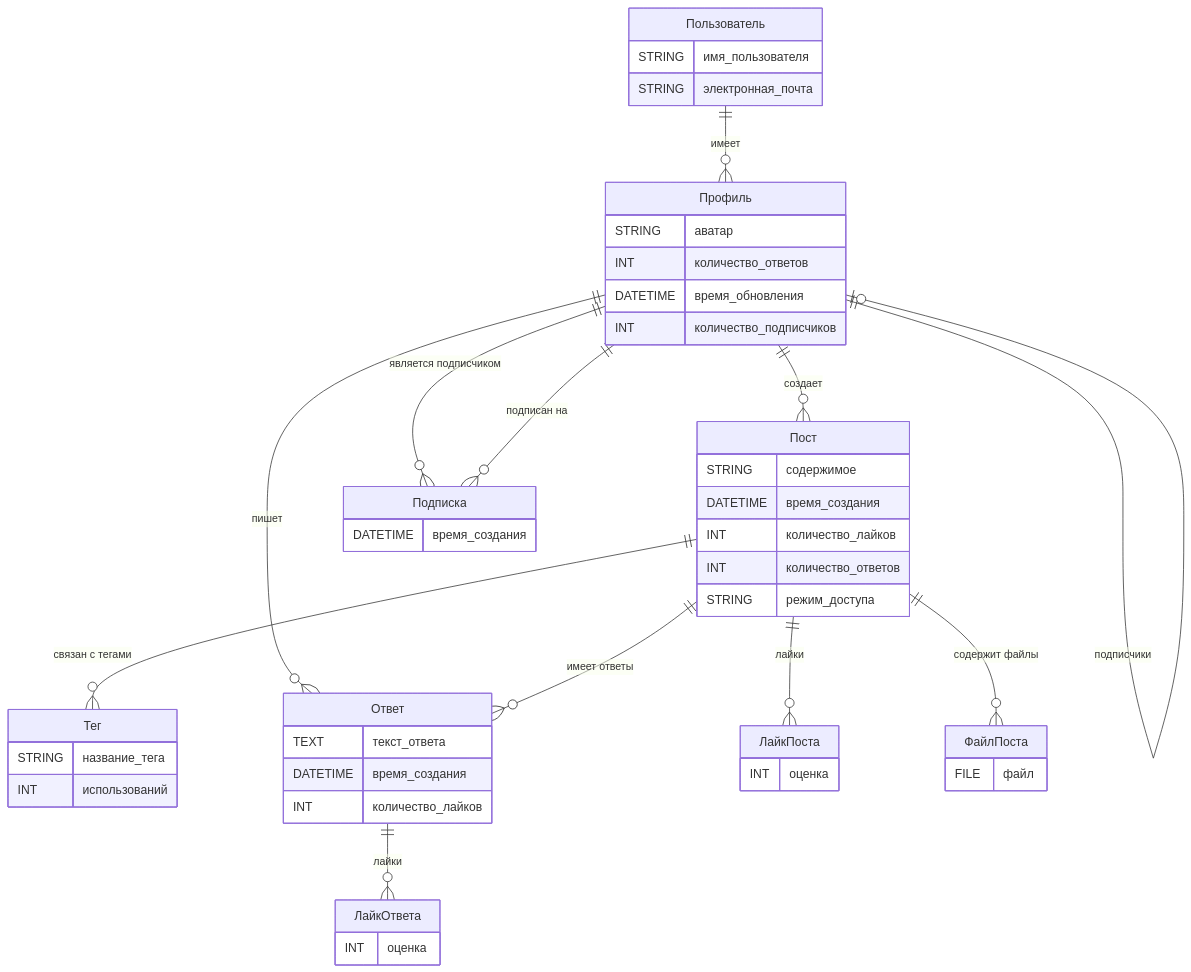
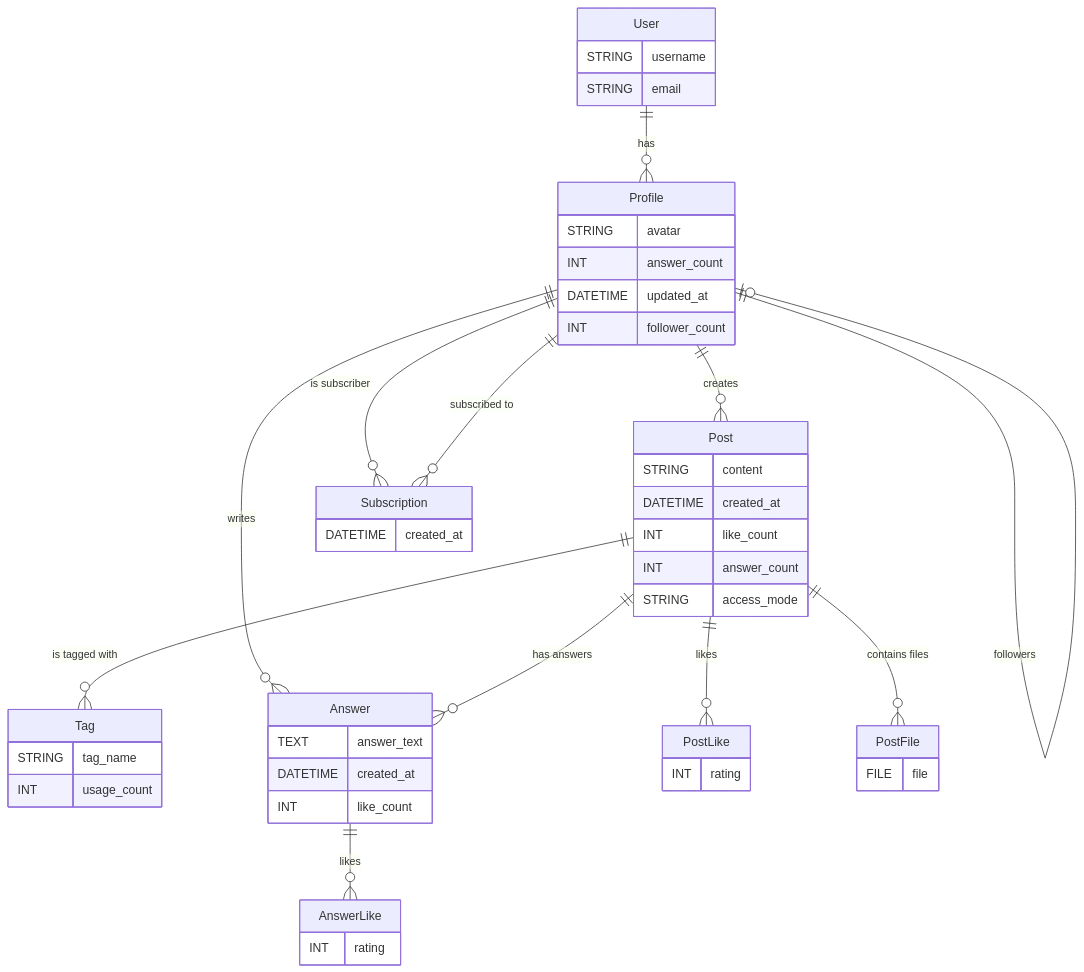
Before and after one commit to goriiin/5sem: the diagram in momentum/docs/README.md, drawn with Mermaid. The commit also changed other lines of this file, not shown here.

````diff
--- a/momentum/docs/README.md
+++ b/momentum/docs/README.md
@@ -7,66 +6,65 @@
 ```mermaid
 erDiagram
-
     %% Entity Definitions
-
-    Пользователь {
-        STRING имя_пользователя
-        STRING электронная_почта
+    
+    User {
+        STRING username
+        STRING email
     }
 
-    Профиль {
-        STRING аватар
-        INT количество_ответов
-        DATETIME время_обновления
-        INT количество_подписчиков
+    Profile {
+        STRING avatar
+        INT answer_count
+        DATETIME updated_at
+        INT follower_count
     }
 
-    Тег {
-        STRING название_тега
-        INT использований
+    Tag {
+        STRING tag_name
+        INT usage_count
     }
 
-    Пост {
-        STRING содержимое
-        DATETIME время_создания
-        INT количество_лайков
-        INT количество_ответов
-        STRING режим_доступа
+    Post {
+        STRING content
+        DATETIME created_at
+        INT like_count
+        INT answer_count
+        STRING access_mode
     }
 
-    Ответ {
-        TEXT текст_ответа
-        DATETIME время_создания
-        INT количество_лайков
+    Answer {
+        TEXT answer_text
+        DATETIME created_at
+        INT like_count
     }
 
-    ЛайкПоста {
-        INT оценка
+    PostLike {
+        INT rating
     }
 
-    ЛайкОтвета {
-        INT оценка
+    AnswerLike {
+        INT rating
     }
 
-    Подписка {
-        DATETIME время_создания
+    Subscription {
+        DATETIME created_at
     }
 
-    ФайлПоста {
-        FILE файл
+    PostFile {
+        FILE file
     }
 
     %% Relationships
 
-    Пользователь ||--o{ Профиль : "имеет"
-    Профиль ||--o{ Пост : "создает"
-    Профиль ||--o{ Ответ : "пишет"
-    Профиль ||--o| Профиль : "подписчики"
-    Пост ||--o{ Ответ : "имеет ответы"
-    Пост ||--o{ ЛайкПоста : "лайки"
-    Ответ ||--o{ ЛайкОтвета : "лайки"
-    Пост ||--o{ Тег : "связан с тегами"
-    Пост ||--o{ ФайлПоста : "содержит файлы"
-    Профиль ||--o{ Подписка : "является подписчиком"
-    Профиль ||--o{ Подписка : "подписан на"
+    User ||--o{ Profile : "has"
+    Profile ||--o{ Post : "creates"
+    Profile ||--o{ Answer : "writes"
+    Profile ||--o| Profile : "followers"
+    Post ||--o{ Answer : "has answers"
+    Post ||--o{ PostLike : "likes"
+    Answer ||--o{ AnswerLike : "likes"
+    Post ||--o{ Tag : "is tagged with"
+    Post ||--o{ PostFile : "contains files"
+    Profile ||--o{ Subscription : "is subscriber"
+    Profile ||--o{ Subscription : "subscribed to"
 ```
````
